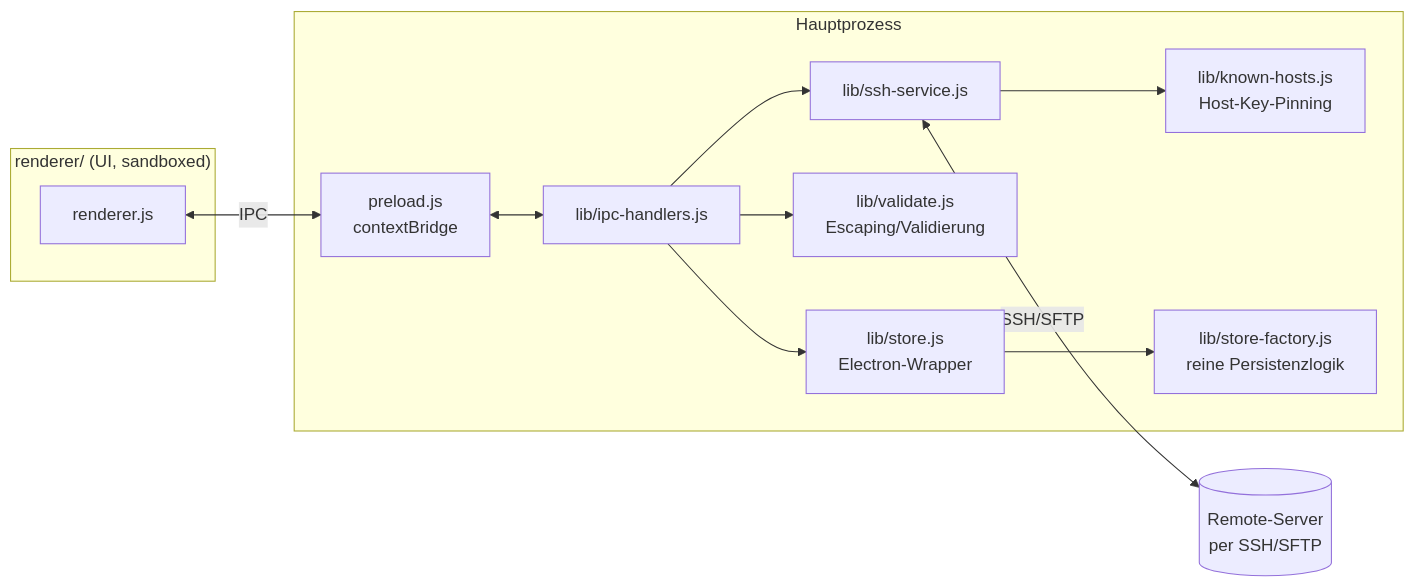
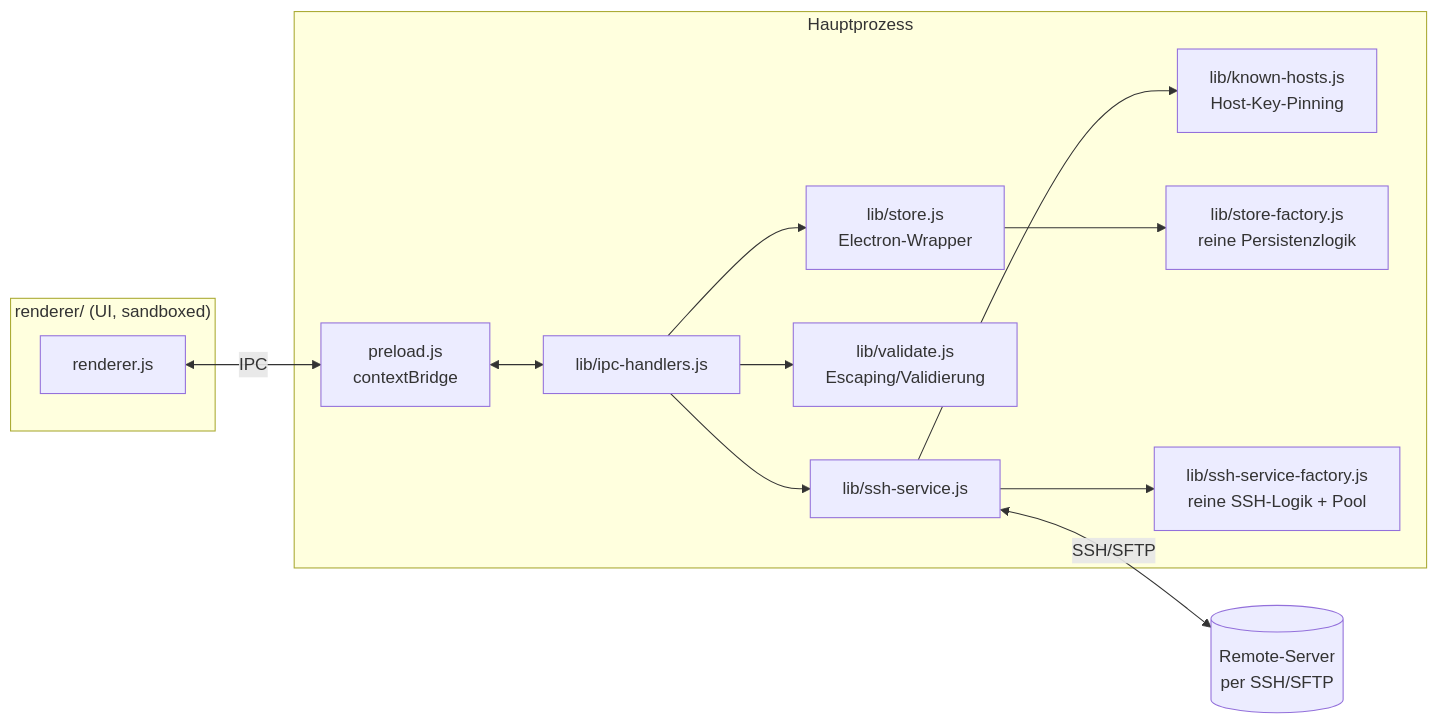
One commit to kallifabio/MinecraftServerControl changed the diagram in README.md. Above: the diagram before and after it, drawn with Mermaid. The commit also changed other lines of this file and 13 other files, not shown here.

````diff
--- a/README.md
+++ b/README.md
@@ -109,24 +113,26 @@
 ```mermaid
 flowchart LR
     subgraph Renderer["renderer/ (UI, sandboxed)"]
         UI[renderer.js]
     end
 
     subgraph Main["Hauptprozess"]
         Preload[preload.js<br/>contextBridge]
         IPC[lib/ipc-handlers.js]
         SSH[lib/ssh-service.js]
         Known[lib/known-hosts.js<br/>Host-Key-Pinning]
         Validate[lib/validate.js<br/>Escaping/Validierung]
         StoreFactory[lib/store-factory.js<br/>reine Persistenzlogik]
         Store[lib/store.js<br/>Electron-Wrapper]
+        SshFactory[lib/ssh-service-factory.js<br/>reine SSH-Logik + Pool]
     end
 
     Remote[(Remote-Server<br/>per SSH/SFTP)]
 
     UI <-->|IPC| Preload <--> IPC
     IPC --> SSH --> Known
+    SSH --> SshFactory
     IPC --> Validate
     IPC --> Store --> StoreFactory
     SSH <-->|SSH/SFTP| Remote
 ```
````
